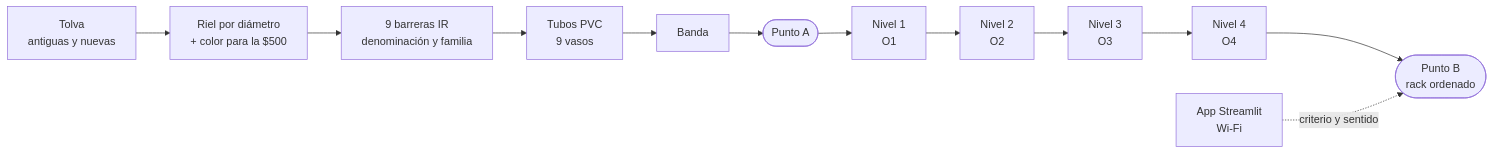
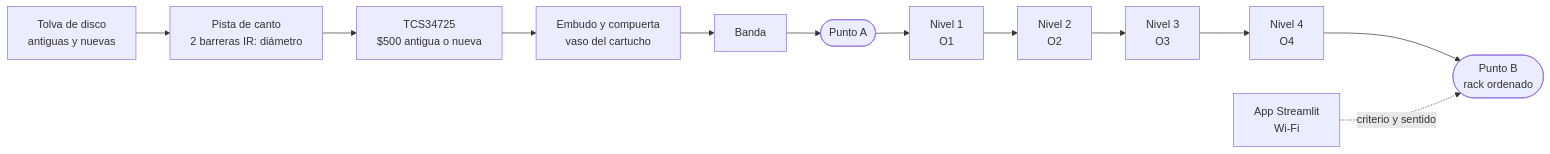
The first of 2 diagrams in README.md (Johan-C777/coin-sorting-robot-pybullet), drawn with Mermaid before and after one commit. The commit also changed other lines of this file and 98 other files, not shown here.

````diff
--- a/README.md
+++ b/README.md
@@ -51,11 +51,11 @@
 ```mermaid
 flowchart LR
-    T["Tolva<br/>antiguas y nuevas"] --> R["Riel por diámetro<br/>+ color para la $500"]
-    R --> IR["9 barreras IR<br/>denominación y familia"]
-    IR --> C["Tubos PVC<br/>9 vasos"]
+    T["Tolva de disco<br/>antiguas y nuevas"] --> R["Pista de canto<br/>2 barreras IR: diámetro"]
+    R --> IR["TCS34725<br/>$500 antigua o nueva"]
+    IR --> C["Embudo y compuerta<br/>vaso del cartucho"]
     C --> B["Banda"]
     B --> A(["Punto A"])
     A --> O1["Nivel 1<br/>O1"] --> O2["Nivel 2<br/>O2"] --> O3["Nivel 3<br/>O3"] --> O4["Nivel 4<br/>O4"]
     O4 --> Bp(["Punto B<br/>rack ordenado"])
     APP["App Streamlit<br/>Wi-Fi"] -. "criterio y sentido" .-> Bp
 ```
````
